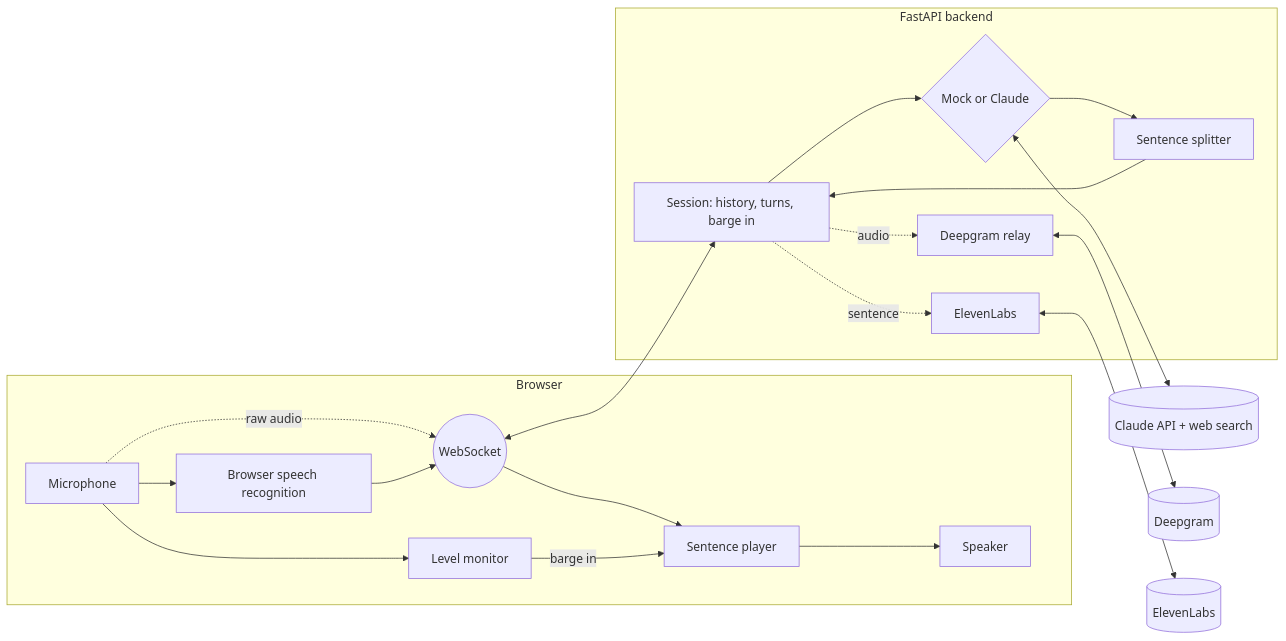
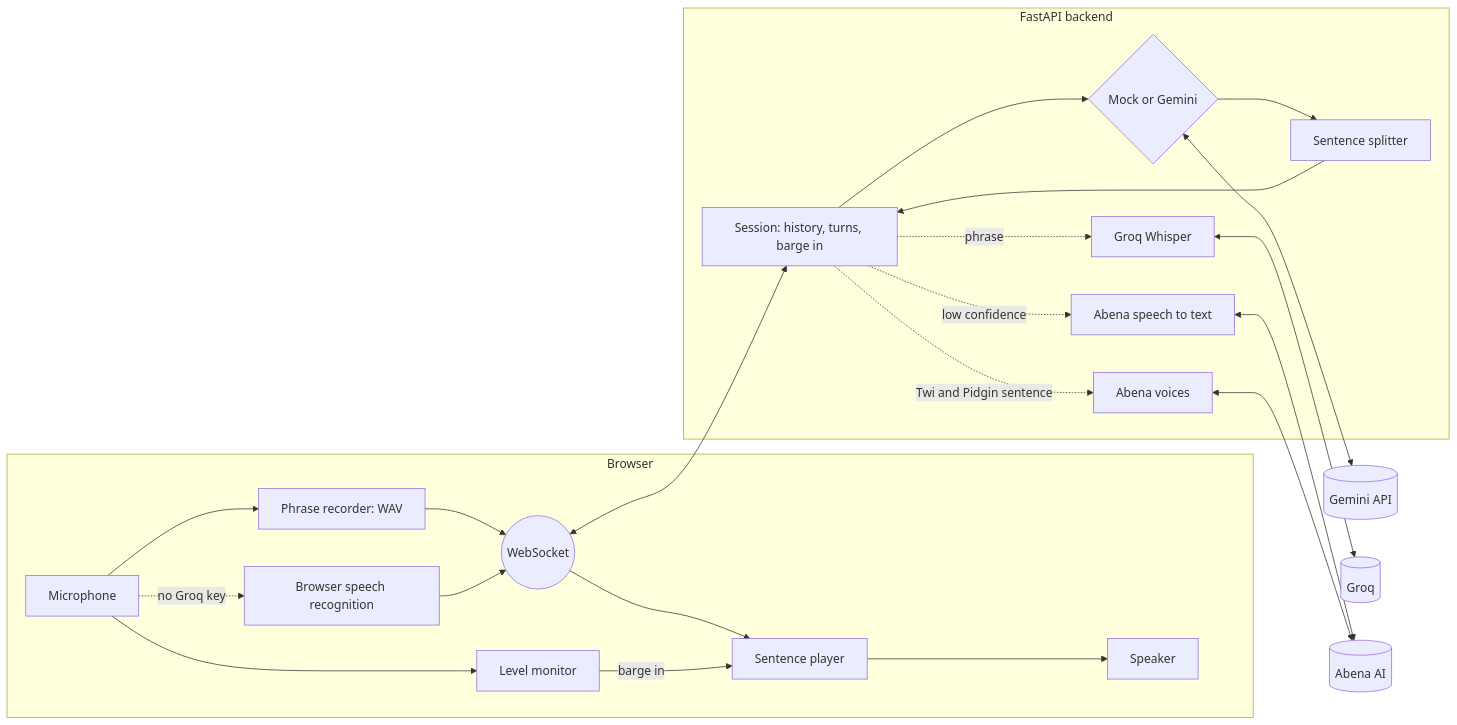
Before and after one commit to lorraine-elektra/voice-assistant: the diagram in README.md, drawn with Mermaid. The commit also changed other lines of this file and 15 other files, not shown here.

First line of the commit message:
Abena without a key, Abena listening for Twi and Pidgin, no browser storage

````diff
--- a/README.md
+++ b/README.md
@@ -13,21 +14,24 @@
 ```mermaid
 flowchart LR
     subgraph Browser
-        Mic[Microphone] --> STTb[Browser speech recognition]
-        Mic -. raw audio .-> WS
-        STTb --> WS((WebSocket))
+        Mic[Microphone] --> Rec[Phrase recorder: WAV]
+        Mic -. no Groq key .-> STTb[Browser speech recognition]
+        Rec --> WS((WebSocket))
+        STTb --> WS
         WS --> Player[Sentence player]
         Player --> Speaker[Speaker]
         Mic --> Level[Level monitor] -- barge in --> Player
     end
     subgraph Backend [FastAPI backend]
         WS <--> Session[Session: history, turns, barge in]
-        Session --> Brain{Mock or Claude}
+        Session --> Brain{Mock or Gemini}
         Brain --> Split[Sentence splitter] --> Session
-        Session -. audio .-> DG[Deepgram relay]
-        Session -. sentence .-> EL[ElevenLabs]
+        Session -. phrase .-> Whisper[Groq Whisper]
+        Session -. low confidence .-> AbenaASR[Abena speech to text]
+        Session -. Twi and Pidgin sentence .-> AbenaTTS[Abena voices]
     end
-    Brain <--> Claude[(Claude API + web search)]
-    DG <--> Deepgram[(Deepgram)]
-    EL <--> ElevenLabs[(ElevenLabs)]
+    Brain <--> Gemini[(Gemini API)]
+    Whisper <--> Groq[(Groq)]
+    AbenaASR <--> Abena[(Abena AI)]
+    AbenaTTS <--> Abena
 ```
````
